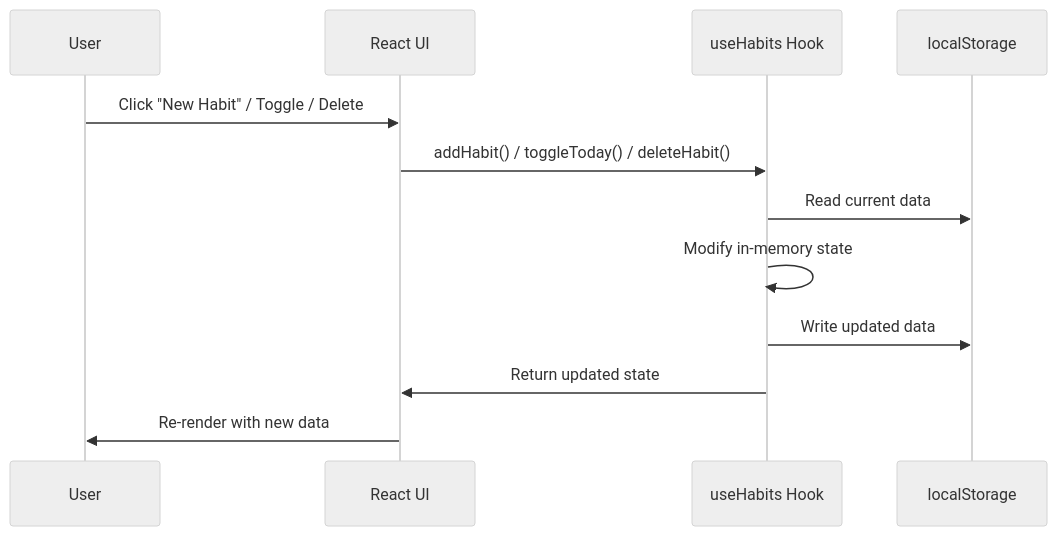
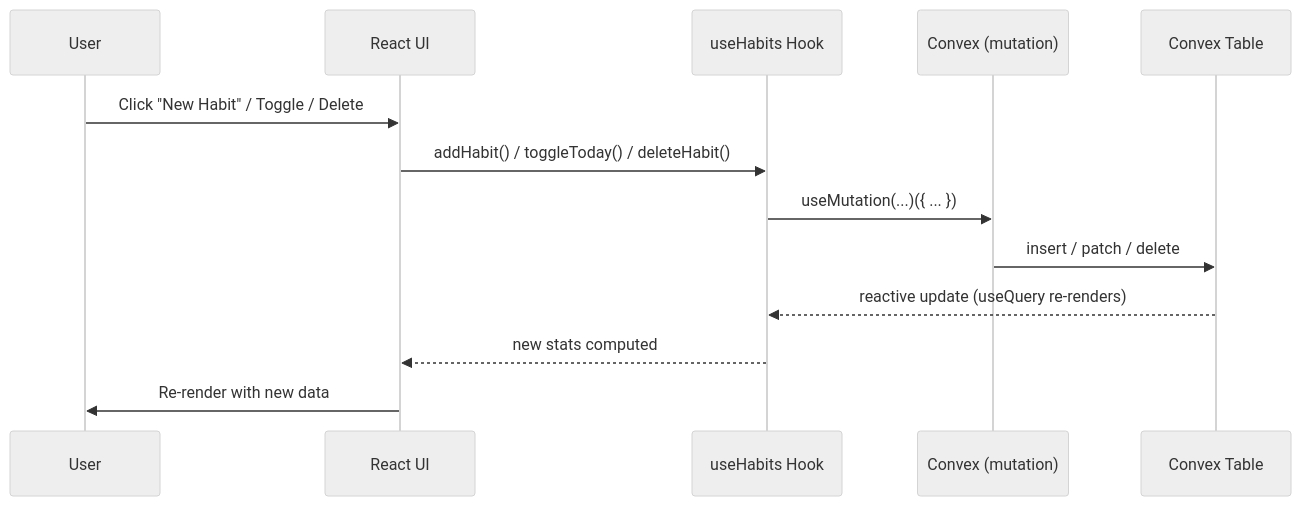
The second of 6 diagrams in docs/ARCHITECTURE.md (Moballig/habitforge), drawn with Mermaid (neutral theme) before and after one commit. The commit also changed other lines of this file and 20 other files, not shown here.

````diff
--- a/docs/ARCHITECTURE.md
+++ b/docs/ARCHITECTURE.md
@@ -121,15 +128,16 @@
 ```mermaid
 sequenceDiagram
     participant U as User
     participant UI as React UI
     participant H as useHabits Hook
-    participant LS as localStorage
+    participant C as Convex (mutation)
+    participant DB as Convex Table
 
     U->>UI: Click "New Habit" / Toggle / Delete
     UI->>H: addHabit() / toggleToday() / deleteHabit()
-    H->>LS: Read current data
-    H->>H: Modify in-memory state
-    H->>LS: Write updated data
-    H->>UI: Return updated state
+    H->>C: useMutation(...)({ ... })
+    C->>DB: insert / patch / delete
+    DB-->>H: reactive update (useQuery re-renders)
+    H-->>UI: new stats computed
     UI->>U: Re-render with new data
 ```
````
